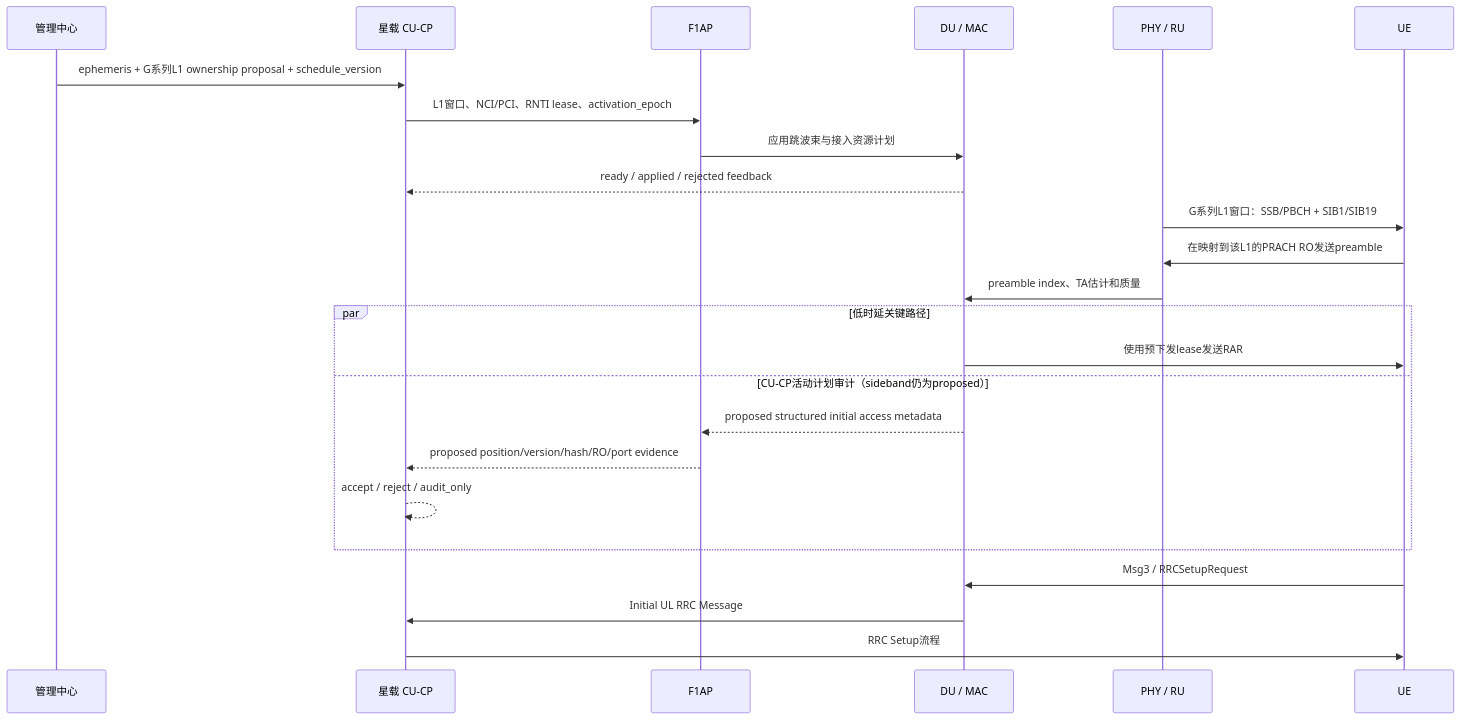
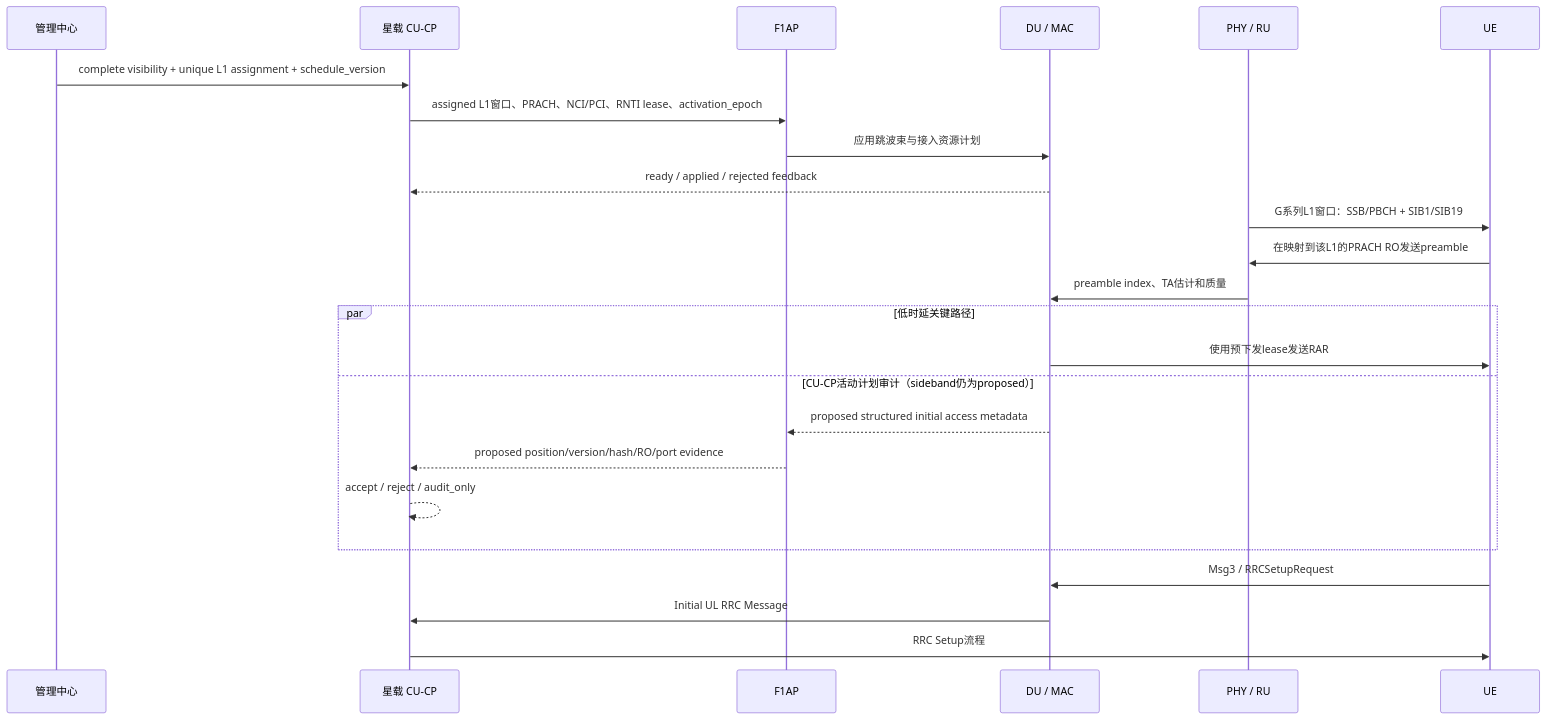
Before and after one commit to 13730100881bu-bot/SrsRAN_NTN_G1: the diagram in docs/ntn_beam_hopping_access_plan.md, drawn with Mermaid. The commit also changed other lines of this file and 3 other files, not shown here.

````diff
--- a/docs/ntn_beam_hopping_access_plan.md
+++ b/docs/ntn_beam_hopping_access_plan.md
@@ -78,27 +82,27 @@
 ```mermaid
 sequenceDiagram
     participant MC as 管理中心
     participant CU as 星载 CU-CP
     participant F1 as F1AP
     participant DU as DU / MAC
     participant PHY as PHY / RU
     participant UE as UE
 
-    MC->>CU: ephemeris + G系列L1 ownership proposal + schedule_version
-    CU->>F1: L1窗口、NCI/PCI、RNTI lease、activation_epoch
+    MC->>CU: complete visibility + unique L1 assignment + schedule_version
+    CU->>F1: assigned L1窗口、PRACH、NCI/PCI、RNTI lease、activation_epoch
     F1->>DU: 应用跳波束与接入资源计划
     DU-->>CU: ready / applied / rejected feedback
     PHY->>UE: G系列L1窗口：SSB/PBCH + SIB1/SIB19
     UE->>PHY: 在映射到该L1的PRACH RO发送preamble
     PHY->>DU: preamble index、TA估计和质量
     par 低时延关键路径
         DU->>UE: 使用预下发lease发送RAR
     and CU-CP活动计划审计（sideband仍为proposed）
         DU-->>F1: proposed structured initial access metadata
         F1-->>CU: proposed position/version/hash/RO/port evidence
         CU-->>CU: accept / reject / audit_only
     end
     UE->>DU: Msg3 / RRCSetupRequest
     DU->>CU: Initial UL RRC Message
     CU->>UE: RRC Setup流程
 ```
````
